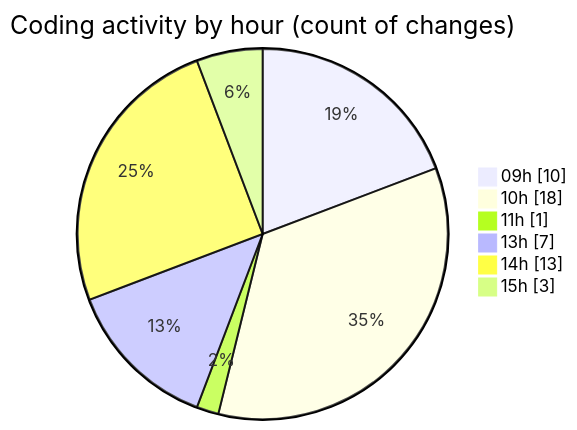
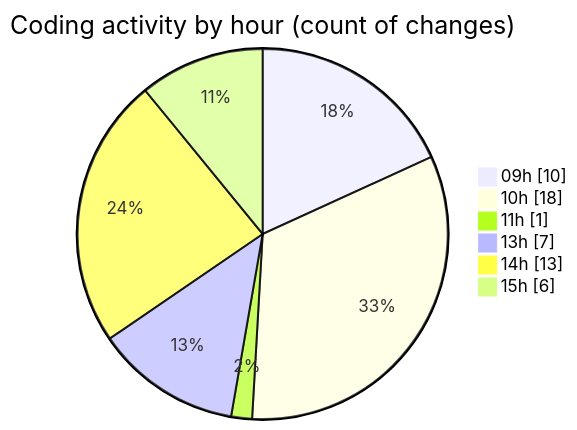
The second of 2 diagrams in 2026-04-06/airfeed-analytics-dashboard/README.md (nxtqubesakshisongat/code-tracking), drawn with Mermaid before and after one commit. The commit also changed other lines of this file and 1 other file, not shown here.

````diff
--- a/2026-04-06/airfeed-analytics-dashboard/README.md
+++ b/2026-04-06/airfeed-analytics-dashboard/README.md
@@ -43,10 +46,10 @@
 ```mermaid
 pie showData
 title Coding activity by hour (count of changes)
 "09h" : 10
 "10h" : 18
 "11h" : 1
 "13h" : 7
 "14h" : 13
-"15h" : 3
+"15h" : 6
 ```
````
